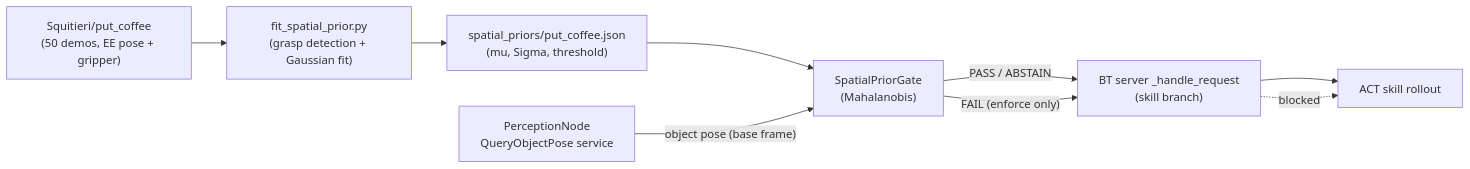
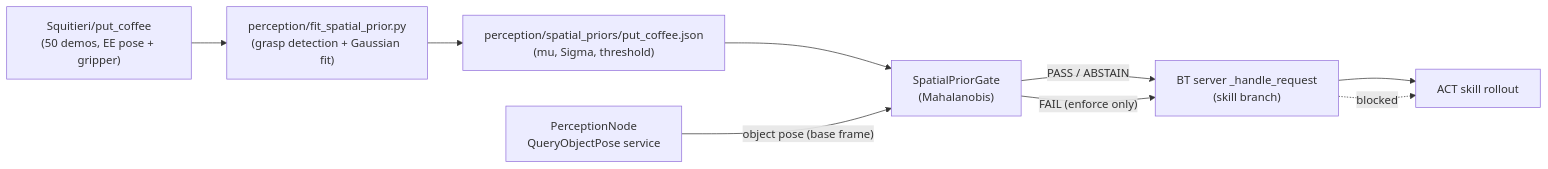
The diagram in docs/spatial_prior_gating.md (BeniaminoSquitieri/lerobot), drawn with Mermaid before and after one commit. The commit also changed other lines of this file and 44 other files, not shown here.

````diff
--- a/docs/spatial_prior_gating.md
+++ b/docs/spatial_prior_gating.md
@@ -196,16 +196,16 @@
 ```mermaid
 flowchart LR
     DS["Squitieri/put_coffee\n(50 demos, EE pose + gripper)"]
-    FIT["fit_spatial_prior.py\n(grasp detection + Gaussian fit)"]
-    PRIOR["spatial_priors/put_coffee.json\n(mu, Sigma, threshold)"]
+    FIT["perception/fit_spatial_prior.py\n(grasp detection + Gaussian fit)"]
+    PRIOR["perception/spatial_priors/put_coffee.json\n(mu, Sigma, threshold)"]
     PERC["PerceptionNode\nQueryObjectPose service"]
     GATE["SpatialPriorGate\n(Mahalanobis)"]
     SRV["BT server _handle_request\n(skill branch)"]
     SKILL["ACT skill rollout"]
 
     DS --> FIT --> PRIOR
     PRIOR --> GATE
     PERC -- object pose (base frame) --> GATE
     GATE -- PASS / ABSTAIN --> SRV --> SKILL
     GATE -- FAIL (enforce only) --> SRV -.->|blocked| SKILL
 ```
````
